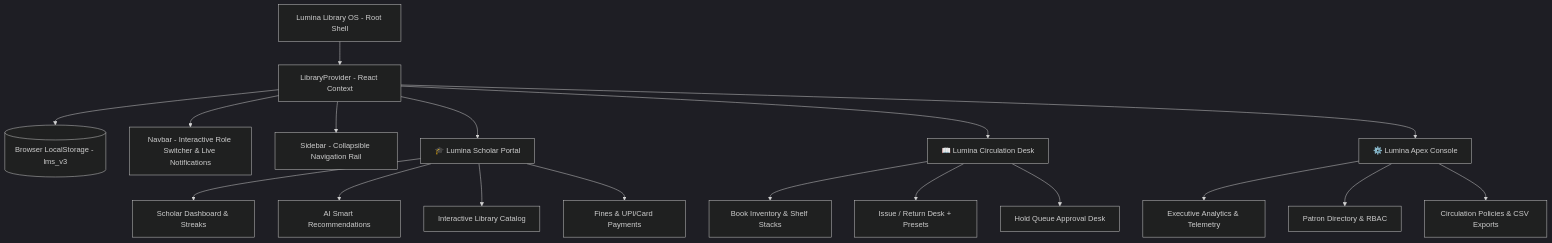
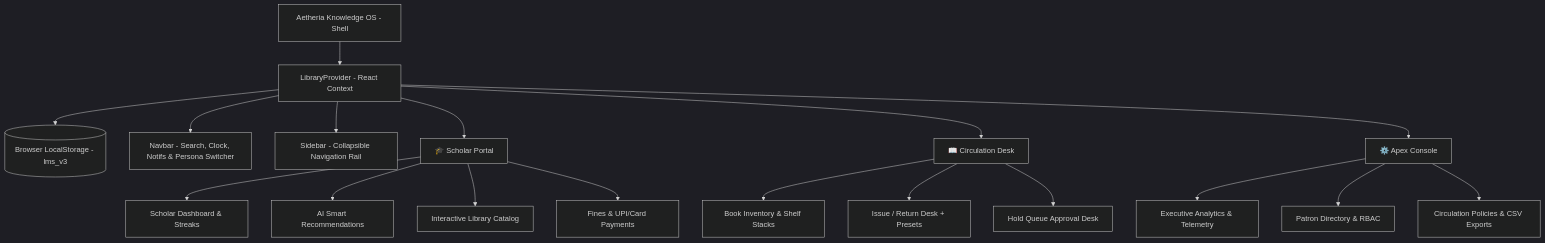
One commit to Deekshith-stack/LibraryManagementSystem changed the diagram in README.md. Above: the diagram before and after it, drawn with Mermaid (dark theme). The commit also changed other lines of this file and 4 other files, not shown here.

Commit message:
feat: clean navbar, add luxury Persona Switcher popover, rebrand as Aetheria Knowledge OS

````diff
--- a/README.md
+++ b/README.md
@@ -75,25 +76,25 @@
 ```mermaid
 graph TD
-    App[Lumina Library OS - Root Shell] --> LP[LibraryProvider - React Context]
+    App[Aetheria Knowledge OS - Shell] --> LP[LibraryProvider - React Context]
     LP --> Storage[(Browser LocalStorage - lms_v3)]
     
-    LP --> Nav[Navbar - Interactive Role Switcher & Live Notifications]
+    LP --> Nav[Navbar - Search, Clock, Notifs & Persona Switcher]
     LP --> Side[Sidebar - Collapsible Navigation Rail]
     
-    LP --> SP[🎓 Lumina Scholar Portal]
-    LP --> LIB[📖 Lumina Circulation Desk]
-    LP --> ADM[⚙️ Lumina Apex Console]
+    LP --> SP[🎓 Scholar Portal]
+    LP --> LIB[📖 Circulation Desk]
+    LP --> ADM[⚙️ Apex Console]
     
     SP --> S1[Scholar Dashboard & Streaks]
     SP --> S2[AI Smart Recommendations]
     SP --> S3[Interactive Library Catalog]
     SP --> S4[Fines & UPI/Card Payments]
     
     LIB --> L1[Book Inventory & Shelf Stacks]
     LIB --> L2[Issue / Return Desk + Presets]
     LIB --> L3[Hold Queue Approval Desk]
     
     ADM --> A1[Executive Analytics & Telemetry]
     ADM --> A2[Patron Directory & RBAC]
     ADM --> A3[Circulation Policies & CSV Exports]
 ```
````
